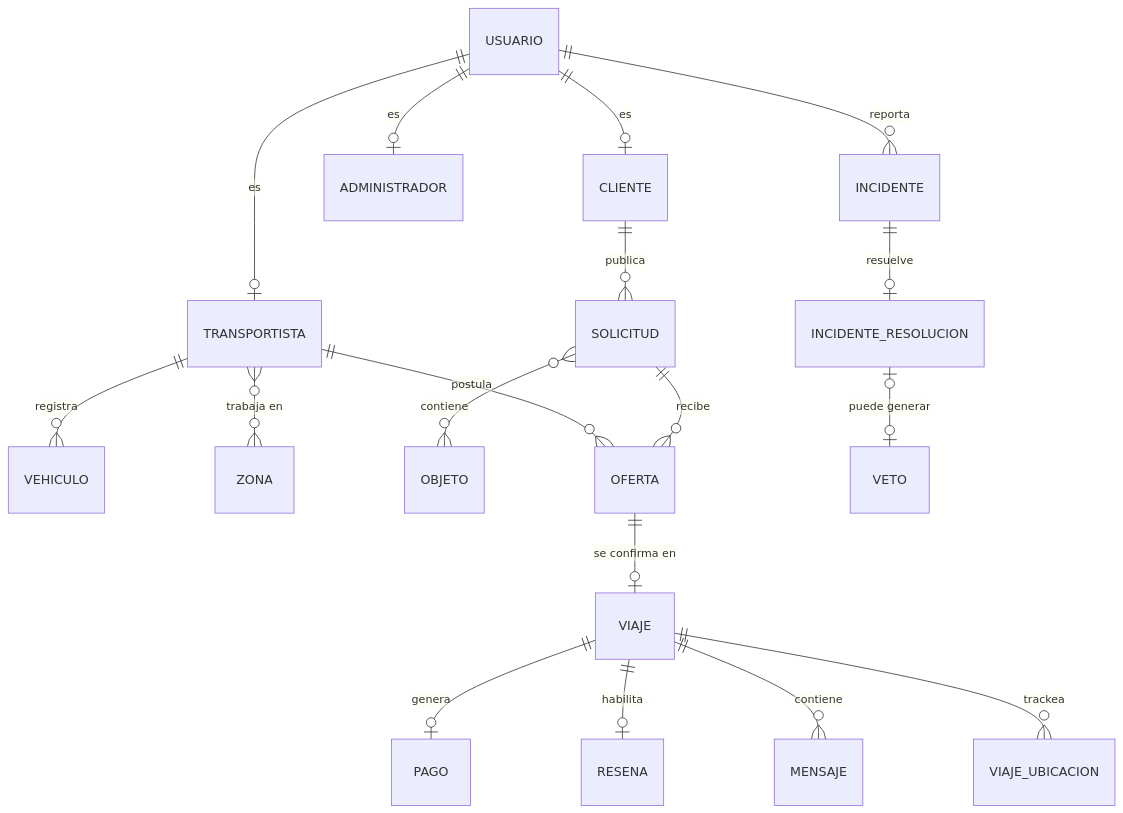
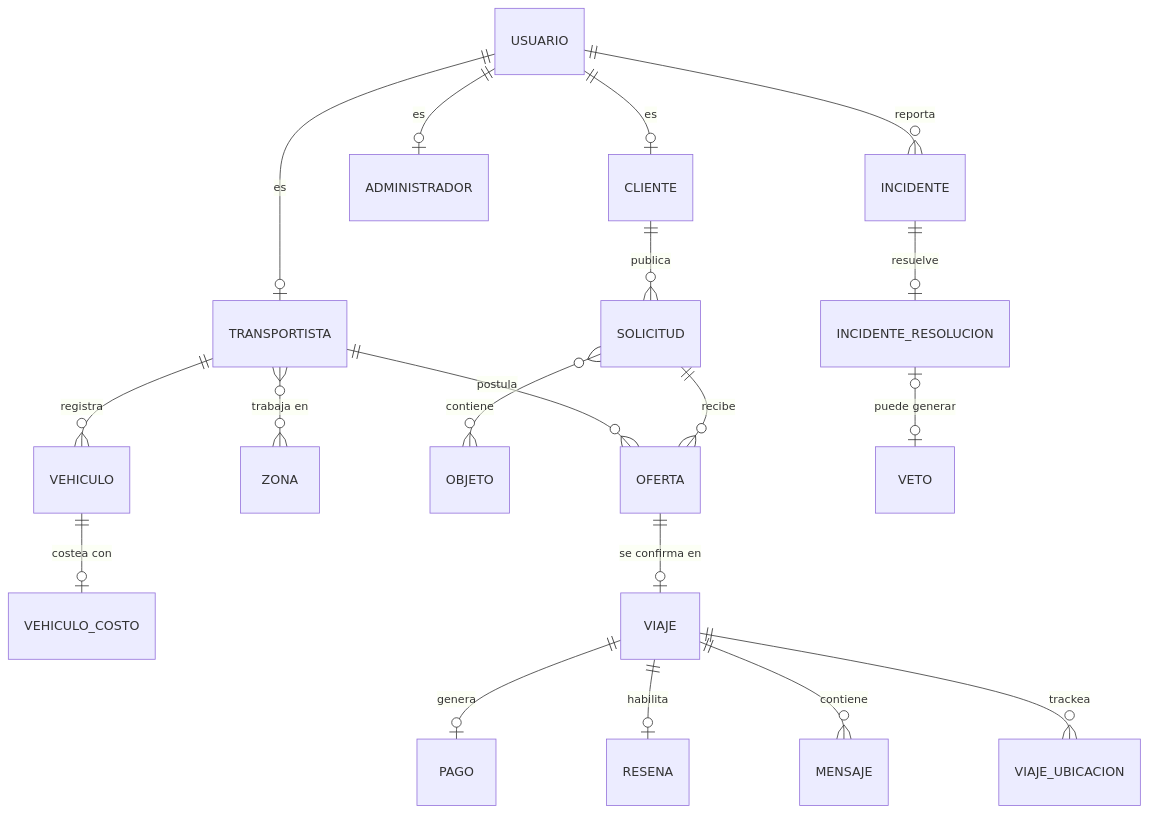
The diagram in docs/DOCUMENTACION_BASE_DE_DATOS.md (matexs/fletway-backend), drawn with Mermaid before and after one commit. The commit also changed other lines of this file, not shown here.

````diff
--- a/docs/DOCUMENTACION_BASE_DE_DATOS.md
+++ b/docs/DOCUMENTACION_BASE_DE_DATOS.md
@@ -34,20 +36,21 @@
 ```mermaid
 erDiagram
     USUARIO ||--o| CLIENTE : "es"
     USUARIO ||--o| TRANSPORTISTA : "es"
     USUARIO ||--o| ADMINISTRADOR : "es"
     TRANSPORTISTA ||--o{ VEHICULO : registra
+    VEHICULO ||--o| VEHICULO_COSTO : "costea con"
     TRANSPORTISTA }o--o{ ZONA : "trabaja en"
     CLIENTE ||--o{ SOLICITUD : publica
     SOLICITUD }o--o{ OBJETO : contiene
     SOLICITUD ||--o{ OFERTA : recibe
     TRANSPORTISTA ||--o{ OFERTA : postula
     OFERTA ||--o| VIAJE : "se confirma en"
     VIAJE ||--o| PAGO : genera
     VIAJE ||--o| RESENA : habilita
     VIAJE ||--o{ MENSAJE : contiene
     VIAJE ||--o{ VIAJE_UBICACION : trackea
     USUARIO ||--o{ INCIDENTE : reporta
     INCIDENTE ||--o| INCIDENTE_RESOLUCION : resuelve
     INCIDENTE_RESOLUCION |o--o| VETO : "puede generar"
 ```
````
